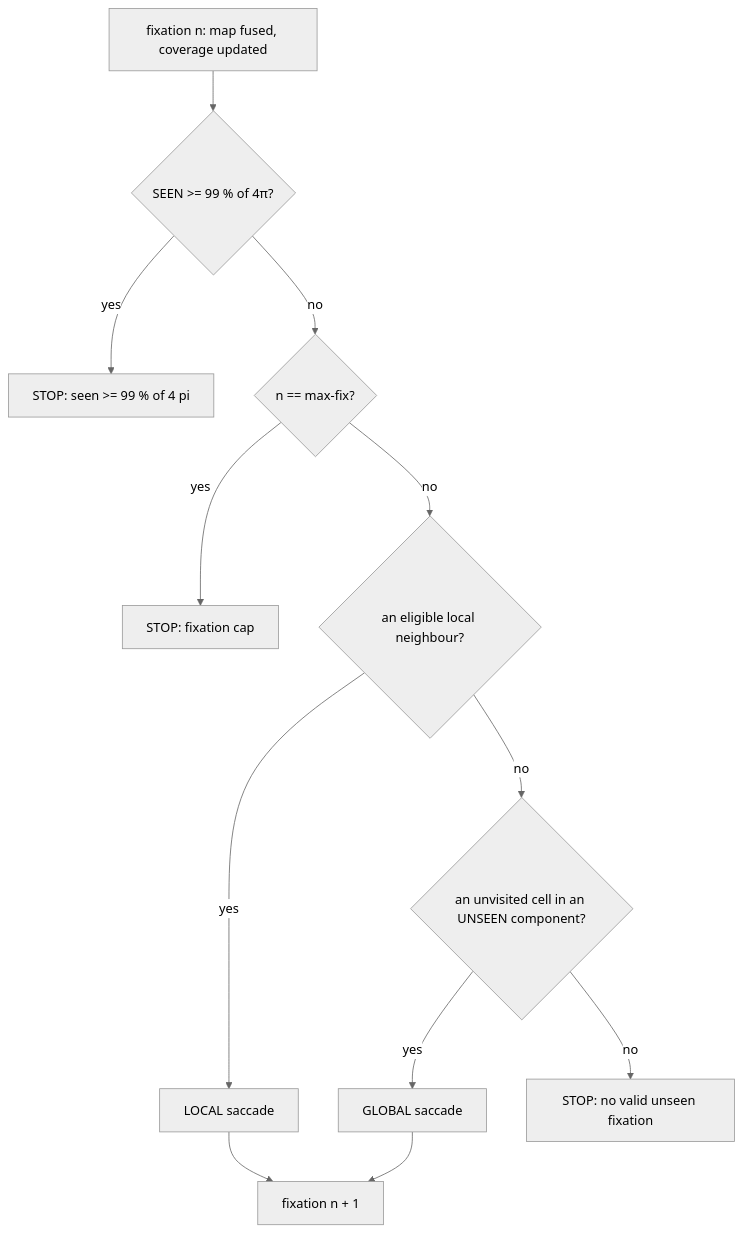
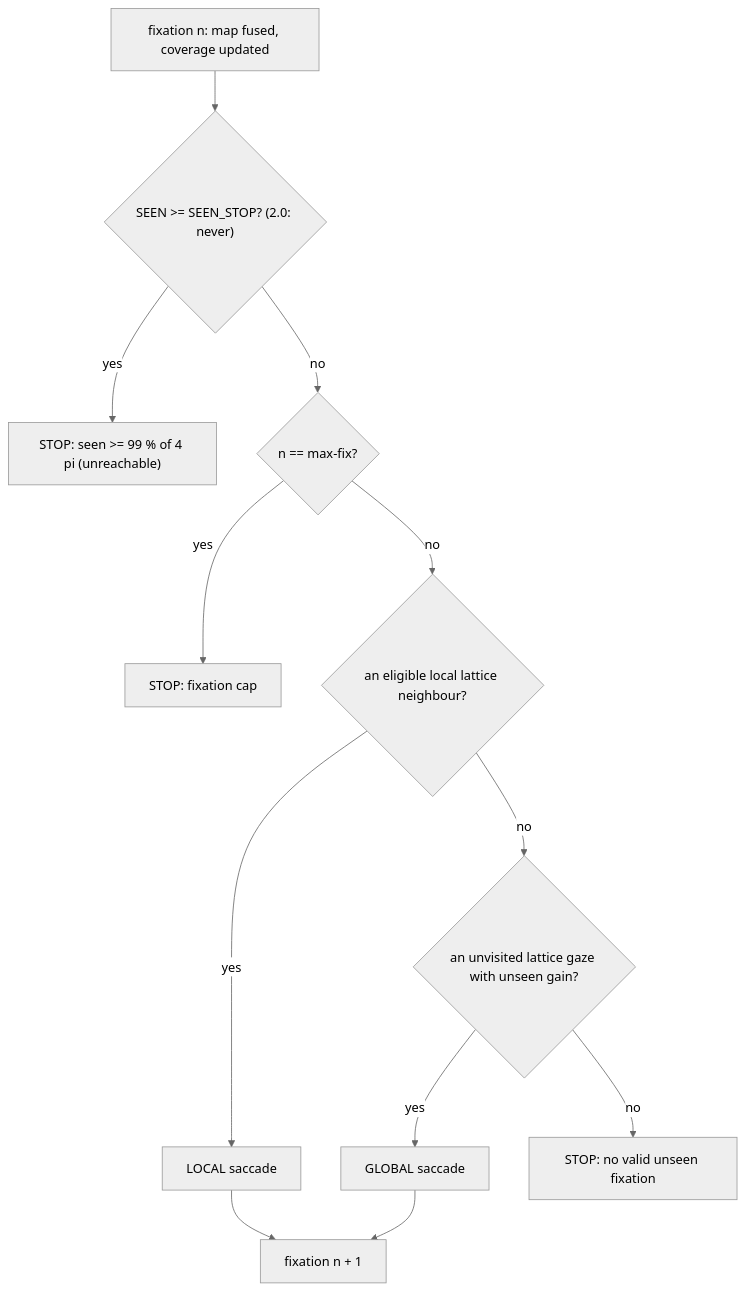
The third of 3 diagrams in docs/architecture/greedy-foveal-playground.md (visgraf/f3d-vision), drawn with Mermaid (neutral theme) before and after one commit. The commit also changed other lines of this file and 7 other files, not shown here.

````diff
--- a/docs/architecture/greedy-foveal-playground.md
+++ b/docs/architecture/greedy-foveal-playground.md
@@ -292,14 +307,14 @@
 ```mermaid
 flowchart TD
-    A["fixation n: map fused, coverage updated"] --> S{"SEEN >= 99 % of 4π?"}
-    S -- yes --> X1["STOP: seen >= 99 % of 4 pi"]
+    A["fixation n: map fused, coverage updated"] --> S{"SEEN >= SEEN_STOP? (2.0: never)"}
+    S -- yes --> X1["STOP: seen >= 99 % of 4 pi (unreachable)"]
     S -- no --> K{"n == max-fix?"}
     K -- yes --> X2["STOP: fixation cap"]
-    K -- no --> L{"an eligible local neighbour?"}
+    K -- no --> L{"an eligible local lattice neighbour?"}
     L -- yes --> LOC["LOCAL saccade"]
-    L -- no --> G{"an unvisited cell in an UNSEEN component?"}
+    L -- no --> G{"an unvisited lattice gaze with unseen gain?"}
     G -- yes --> GLO["GLOBAL saccade"]
     G -- no --> X3["STOP: no valid unseen fixation"]
     LOC --> N["fixation n + 1"]
     GLO --> N
 ```
````
